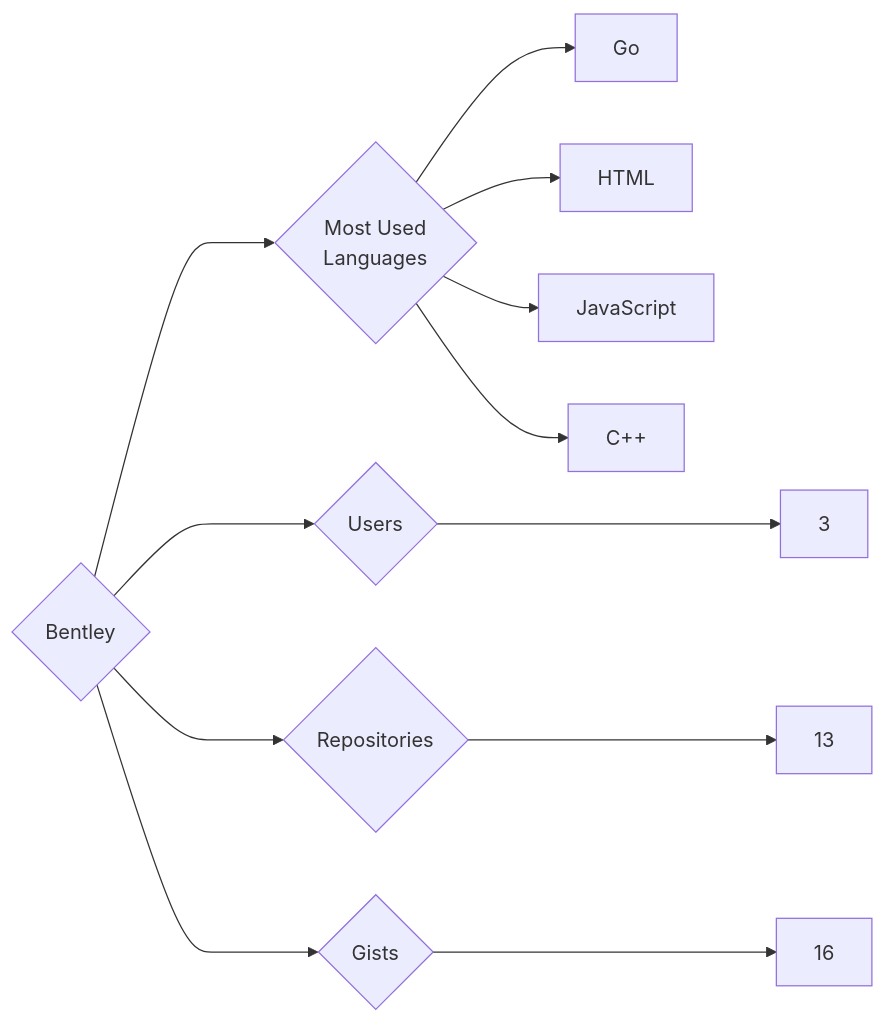
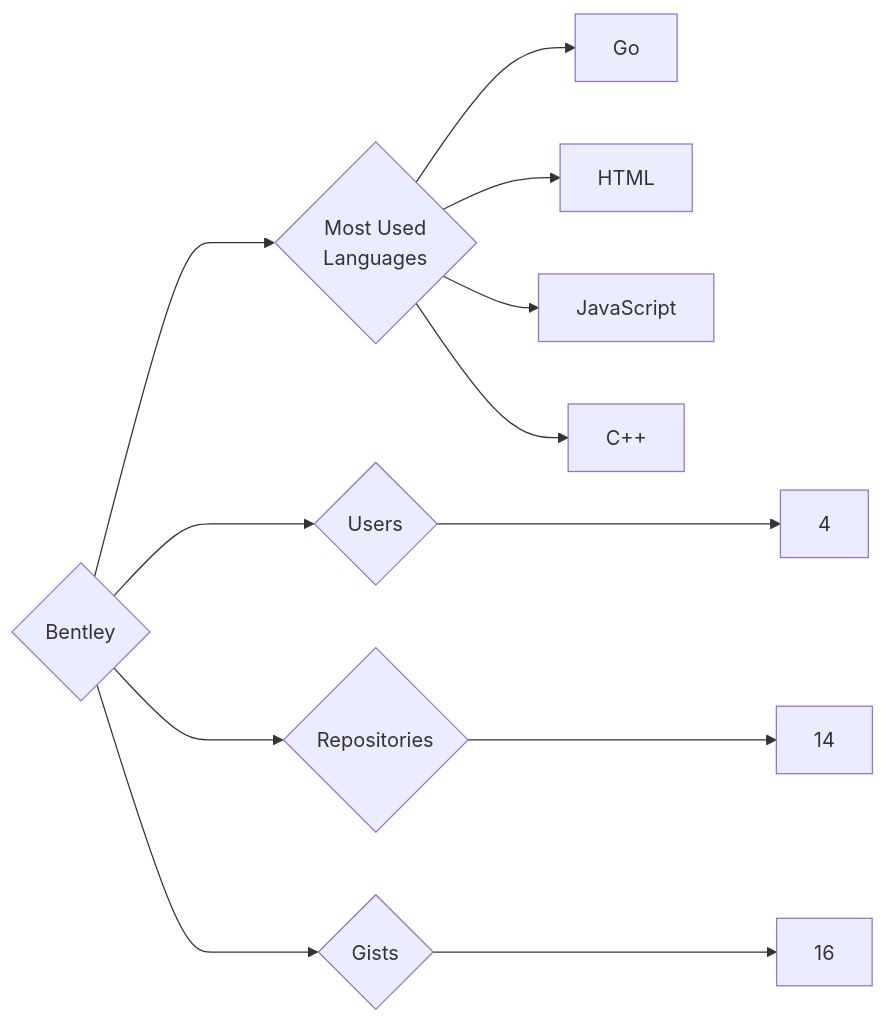
One commit to trickest/insiders changed the diagram in targets/Bentley/README.md. Above: the diagram before and after it, drawn with Mermaid. The commit also changed 840 other files, not shown here.

````diff
--- a/targets/Bentley/README.md
+++ b/targets/Bentley/README.md
@@ -3,12 +3,12 @@
 ```mermaid
 graph LR
 COMPANY_NAME{Bentley}
-COMPANY_NAME ---> U{Users} ---> UN[3]
-COMPANY_NAME ---> R{Repositories} ---> RN[13]
+COMPANY_NAME ---> U{Users} ---> UN[4]
+COMPANY_NAME ---> R{Repositories} ---> RN[14]
 COMPANY_NAME ---> G{Gists} ---> GN[16]
 COMPANY_NAME ---> ML{Most Used<br>Languages}
 ML --> Go[Go]
 ML --> HTML[HTML]
 ML --> JavaScript[JavaScript]
 ML --> C++[C++]
 ```
````
